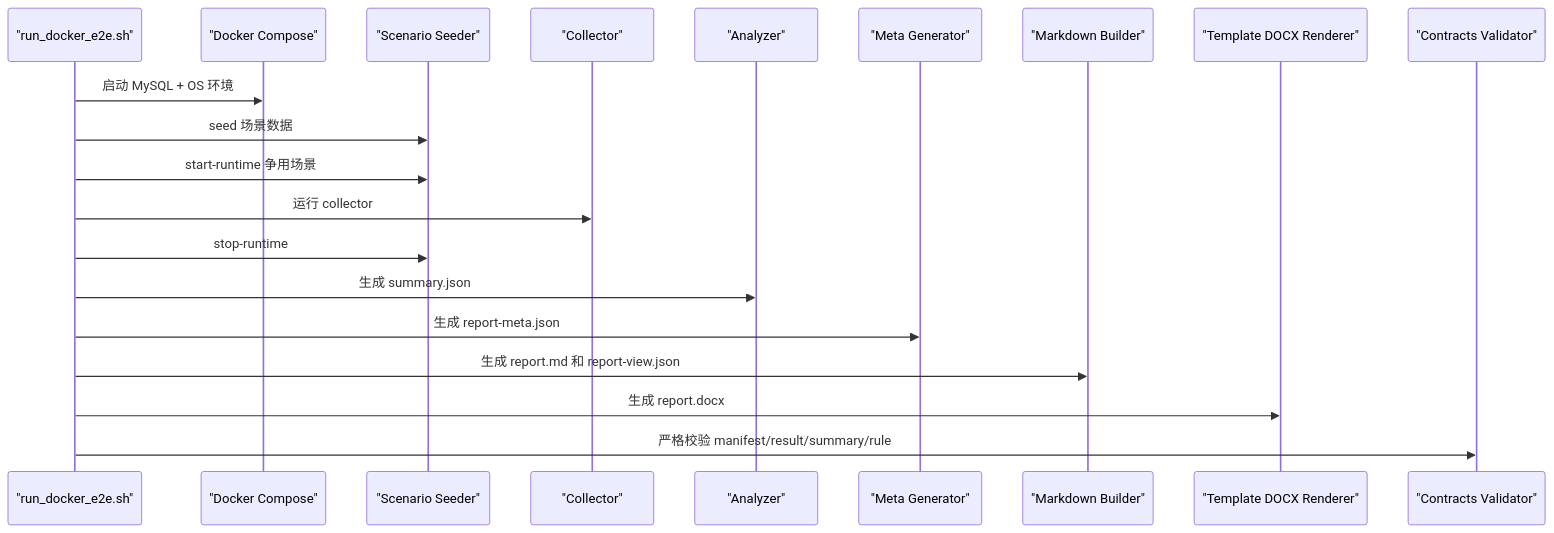
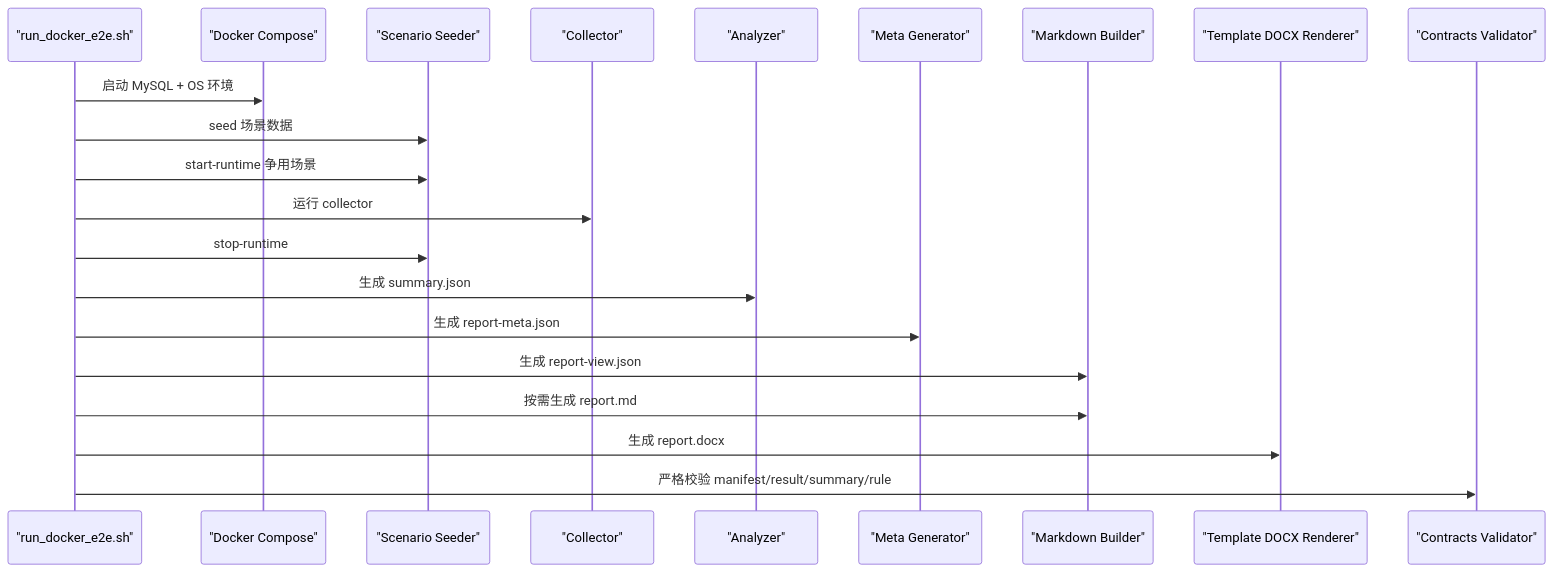
Before and after one commit to liumingjian/db-check: the fourth of 4 diagrams in docs/architecture/业务全景与实现流程.md, drawn with Mermaid. The commit also changed other lines of this file and 59 other files, not shown here.

````diff
--- a/docs/architecture/业务全景与实现流程.md
+++ b/docs/architecture/业务全景与实现流程.md
@@ -334,23 +371,24 @@
 ```mermaid
 sequenceDiagram
   participant T as "run_docker_e2e.sh"
   participant DC as "Docker Compose"
   participant S as "Scenario Seeder"
   participant C as "Collector"
   participant A as "Analyzer"
   participant M as "Meta Generator"
   participant R as "Markdown Builder"
   participant D as "Template DOCX Renderer"
   participant V as "Contracts Validator"
 
   T->>DC: 启动 MySQL + OS 环境
   T->>S: seed 场景数据
   T->>S: start-runtime 争用场景
   T->>C: 运行 collector
   T->>S: stop-runtime
   T->>A: 生成 summary.json
   T->>M: 生成 report-meta.json
-  T->>R: 生成 report.md 和 report-view.json
+  T->>R: 生成 report-view.json
+  T->>R: 按需生成 report.md
   T->>D: 生成 report.docx
   T->>V: 严格校验 manifest/result/summary/rule
 ```
````
